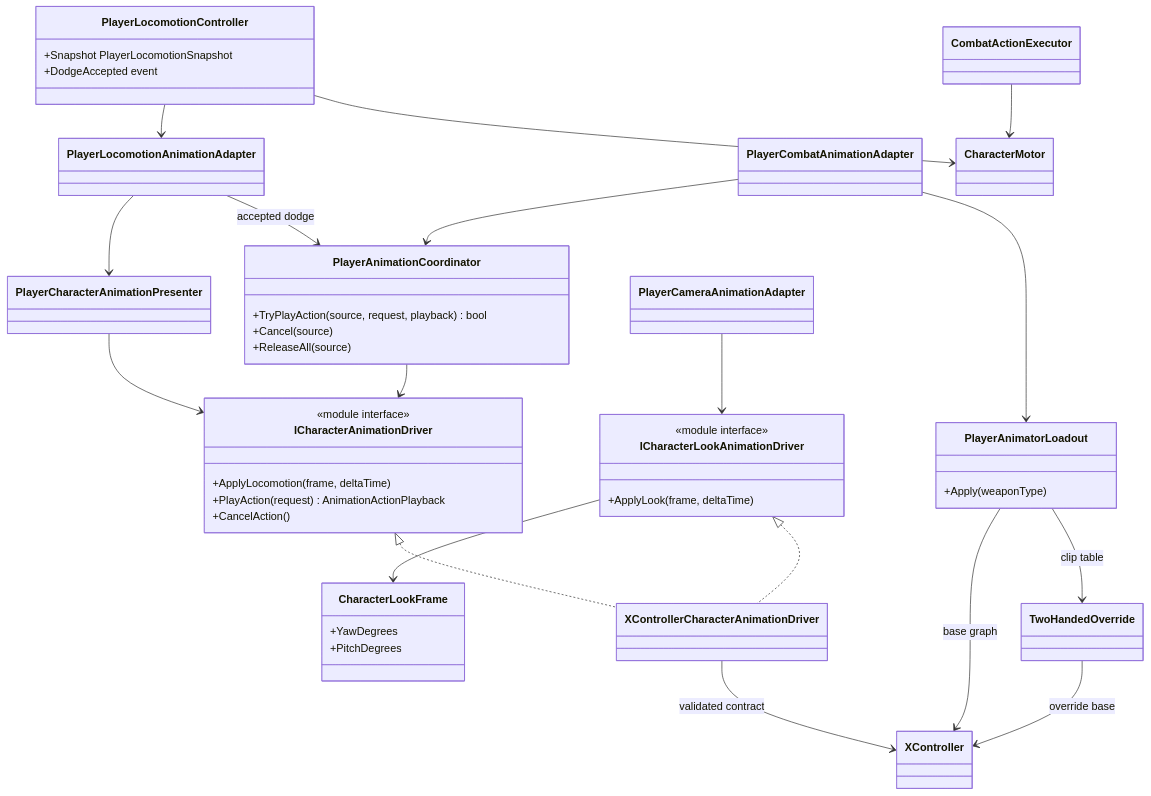
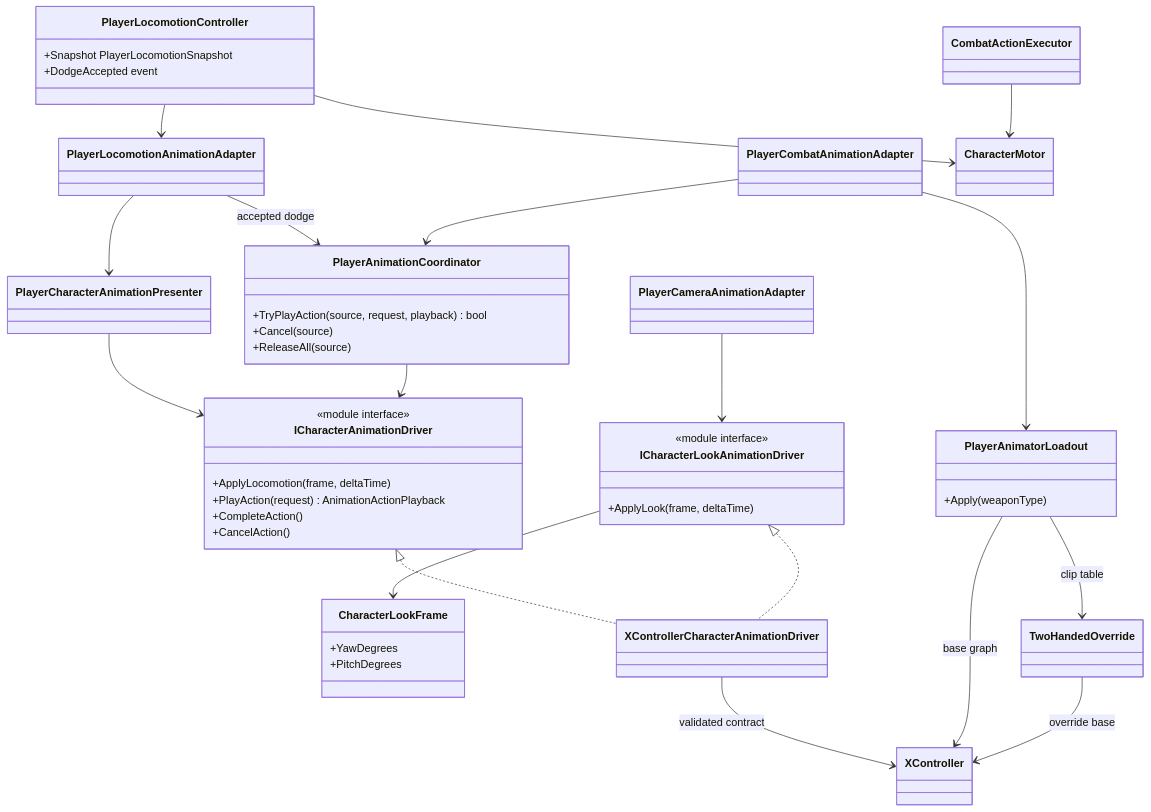
One commit to MaximFonariuc/project-s changed the diagram in Docs/Architecture/Player.Animation.md. Above: the diagram before and after it, drawn with Mermaid. The commit also changed other lines of this file and 6 other files, not shown here.

````diff
--- a/Docs/Architecture/Player.Animation.md
+++ b/Docs/Architecture/Player.Animation.md
@@ -10,56 +10,57 @@
 ```mermaid
 classDiagram
     class PlayerLocomotionController {
         +Snapshot PlayerLocomotionSnapshot
         +DodgeAccepted event
     }
     class PlayerLocomotionAnimationAdapter
     class PlayerCharacterAnimationPresenter
     class PlayerCombatAnimationAdapter
     class PlayerAnimatorLoadout {
         +Apply(weaponType)
     }
     class PlayerAnimationCoordinator {
         +TryPlayAction(source, request, playback) bool
         +Cancel(source)
         +ReleaseAll(source)
     }
     class ICharacterAnimationDriver {
         <<module interface>>
         +ApplyLocomotion(frame, deltaTime)
         +PlayAction(request) AnimationActionPlayback
+        +CompleteAction()
         +CancelAction()
     }
     class ICharacterLookAnimationDriver {
         <<module interface>>
         +ApplyLook(frame, deltaTime)
     }
     class CharacterLookFrame {
         +YawDegrees
         +PitchDegrees
     }
     class XControllerCharacterAnimationDriver
     class PlayerCameraAnimationAdapter
     class XController
     class TwoHandedOverride
     class CharacterMotor
     class CombatActionExecutor
 
     PlayerLocomotionController --> PlayerLocomotionAnimationAdapter
     PlayerLocomotionAnimationAdapter --> PlayerCharacterAnimationPresenter
     PlayerLocomotionAnimationAdapter --> PlayerAnimationCoordinator : accepted dodge
     PlayerCombatAnimationAdapter --> PlayerAnimationCoordinator
     PlayerCombatAnimationAdapter --> PlayerAnimatorLoadout
     PlayerCharacterAnimationPresenter --> ICharacterAnimationDriver
     PlayerAnimationCoordinator --> ICharacterAnimationDriver
     PlayerCameraAnimationAdapter --> ICharacterLookAnimationDriver
     ICharacterLookAnimationDriver --> CharacterLookFrame
     ICharacterAnimationDriver <|.. XControllerCharacterAnimationDriver
     ICharacterLookAnimationDriver <|.. XControllerCharacterAnimationDriver
     XControllerCharacterAnimationDriver --> XController : validated contract
     PlayerAnimatorLoadout --> XController : base graph
     PlayerAnimatorLoadout --> TwoHandedOverride : clip table
     TwoHandedOverride --> XController : override base
     PlayerLocomotionController --> CharacterMotor
     CombatActionExecutor --> CharacterMotor
 ```
````
